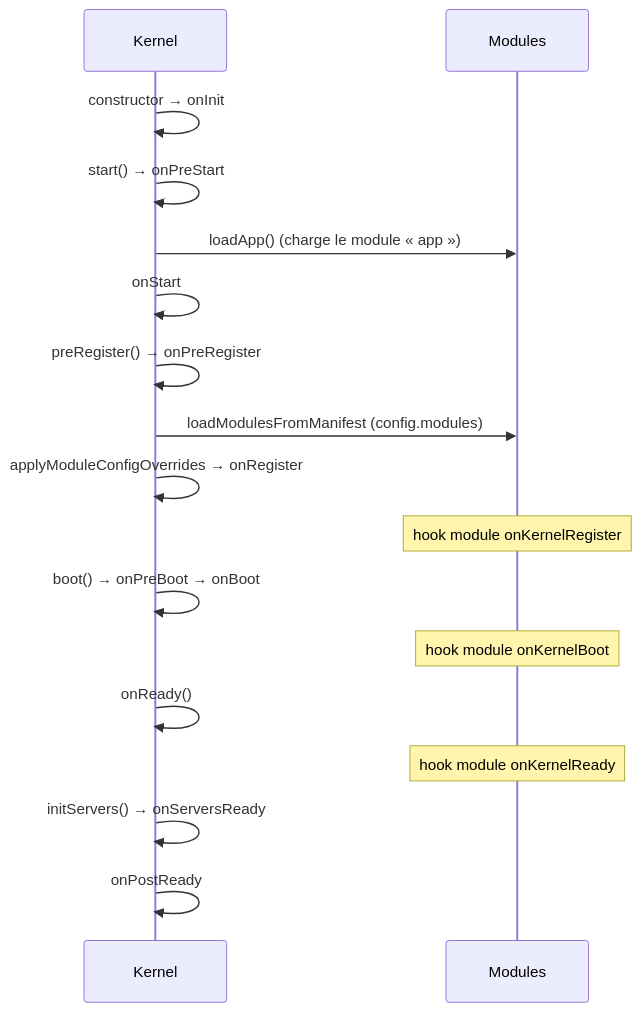
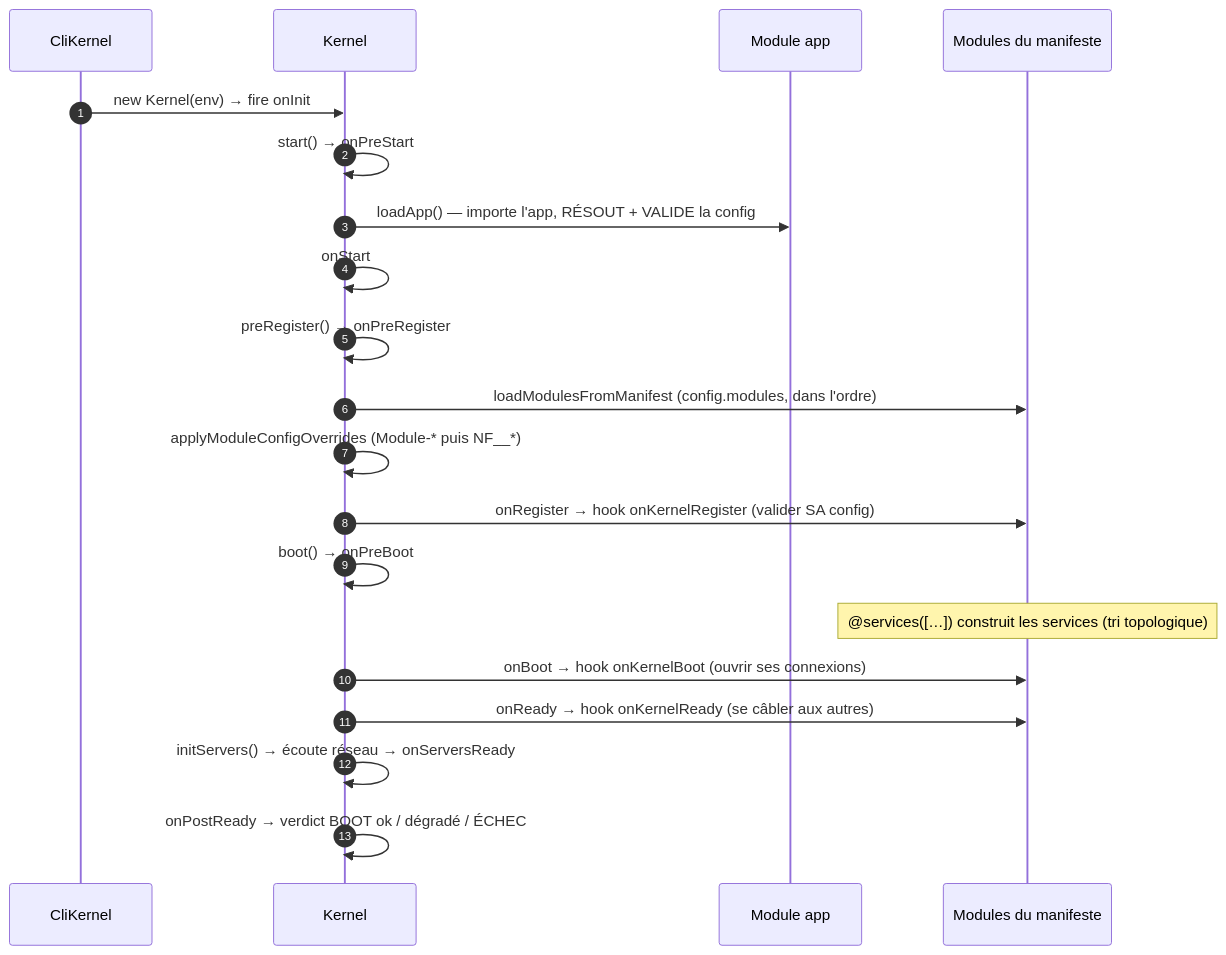
Before and after one commit to nodefony/nodefony-core: the first of 3 diagrams in docs/architecture/cycle-boot-kernel.md, drawn with Mermaid. The commit also changed other lines of this file and 16 other files, not shown here.

````diff
--- a/docs/architecture/cycle-boot-kernel.md
+++ b/docs/architecture/cycle-boot-kernel.md
@@ -27,19 +49,22 @@
 ```mermaid
 sequenceDiagram
+  autonumber
+  participant CLI as CliKernel
   participant K as Kernel
-  participant M as Modules
-  K->>K: constructor → onInit
+  participant A as Module app
+  participant M as Modules du manifeste
+  CLI->>K: new Kernel(env) → fire onInit
   K->>K: start() → onPreStart
-  K->>M: loadApp() (charge le module « app »)
+  K->>A: loadApp() — importe l'app, RÉSOUT + VALIDE la config
   K->>K: onStart
   K->>K: preRegister() → onPreRegister
-  K->>M: loadModulesFromManifest (config.modules)
-  K->>K: applyModuleConfigOverrides → onRegister
-  Note over M: hook module onKernelRegister
-  K->>K: boot() → onPreBoot → onBoot
-  Note over M: hook module onKernelBoot
-  K->>K: onReady()
-  Note over M: hook module onKernelReady
-  K->>K: initServers() → onServersReady
-  K->>K: onPostReady
+  K->>M: loadModulesFromManifest (config.modules, dans l'ordre)
+  K->>K: applyModuleConfigOverrides (Module-* puis NF__*)
+  K->>M: onRegister → hook onKernelRegister (valider SA config)
+  K->>K: boot() → onPreBoot
+  Note over M: @services([…]) construit les services (tri topologique)
+  K->>M: onBoot → hook onKernelBoot (ouvrir ses connexions)
+  K->>M: onReady → hook onKernelReady (se câbler aux autres)
+  K->>K: initServers() → écoute réseau → onServersReady
+  K->>K: onPostReady → verdict BOOT ok / dégradé / ÉCHEC
 ```
````
